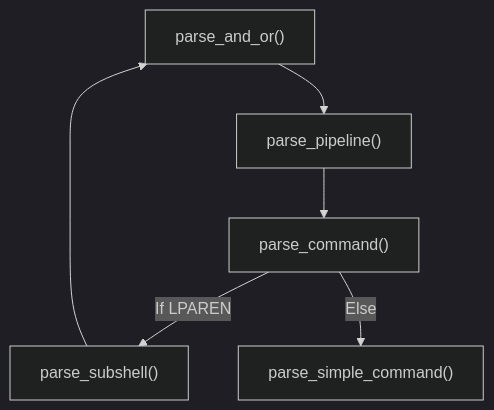
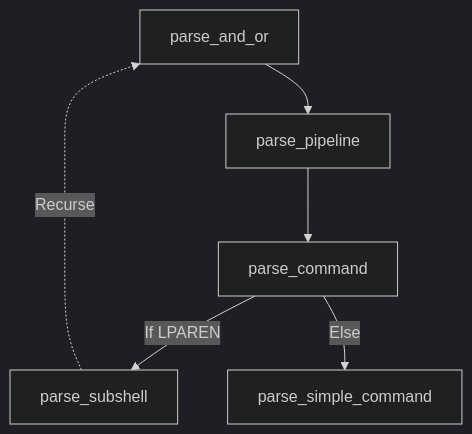
Before and after one commit to 42GS/minishell-wiki: the second of 2 diagrams in wiki/architecture/01_parser_and_ast.md, drawn with Mermaid (dark theme). The commit also changed other lines of this file and 10 other files, not shown here.

Commit message:
[#1] fix(docs): resolve all mermaid syntax errors and broken render issues across wiki

````diff
--- a/wiki/architecture/01_parser_and_ast.md
+++ b/wiki/architecture/01_parser_and_ast.md
@@ -137,8 +137,8 @@
 ```mermaid
 graph TD
-    P_AndOr["parse_and_or()"] --> P_Pipe["parse_pipeline()"]
-    P_Pipe --> P_Cmd["parse_command()"]
-    P_Cmd -->|If LPAREN| P_Sub["parse_subshell()"]
-    P_Cmd -->|Else| P_Simple["parse_simple_command()"]
-    P_Sub --> P_AndOr
+    P_AndOr["parse_and_or"] --> P_Pipe["parse_pipeline"]
+    P_Pipe --> P_Cmd["parse_command"]
+    P_Cmd -->|If LPAREN| P_Sub["parse_subshell"]
+    P_Cmd -->|Else| P_Simple["parse_simple_command"]
+    P_Sub -.->|Recurse| P_AndOr
 ```
````
